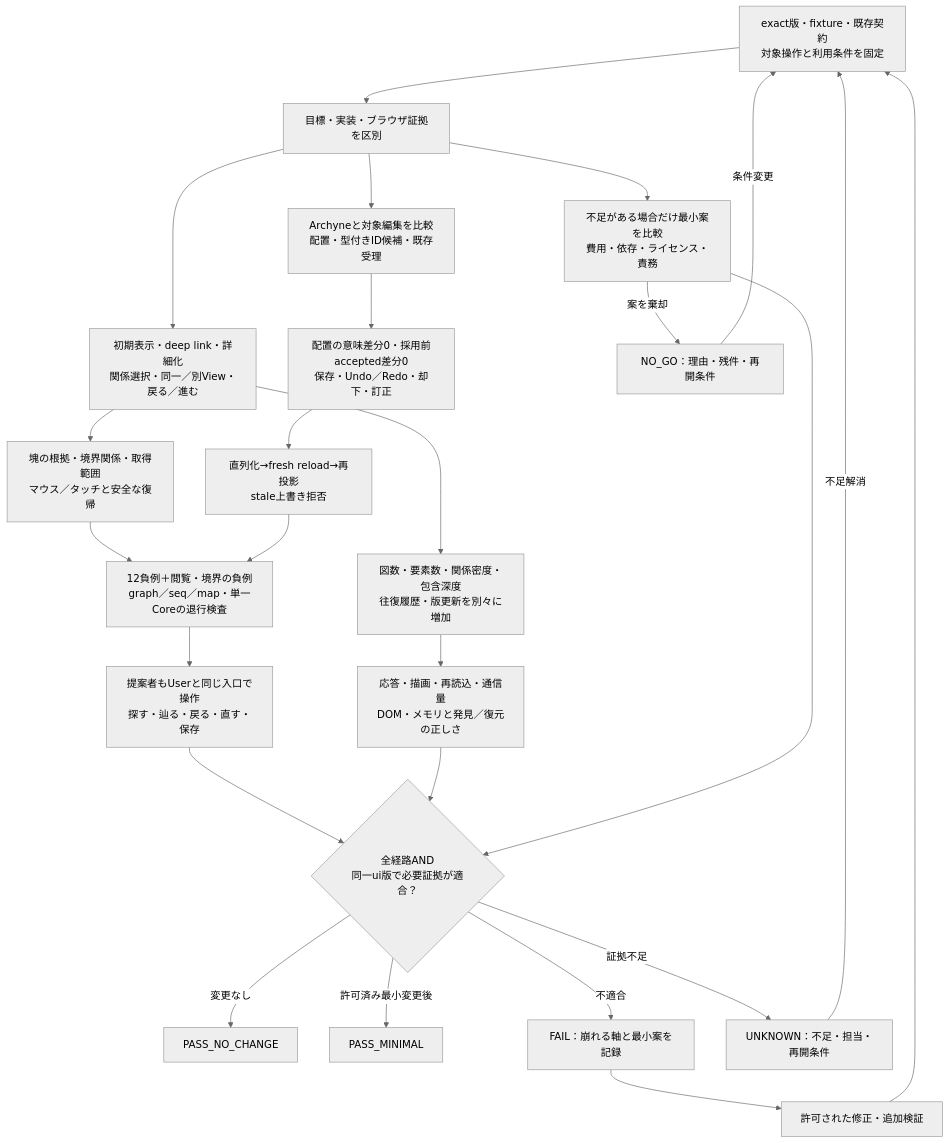
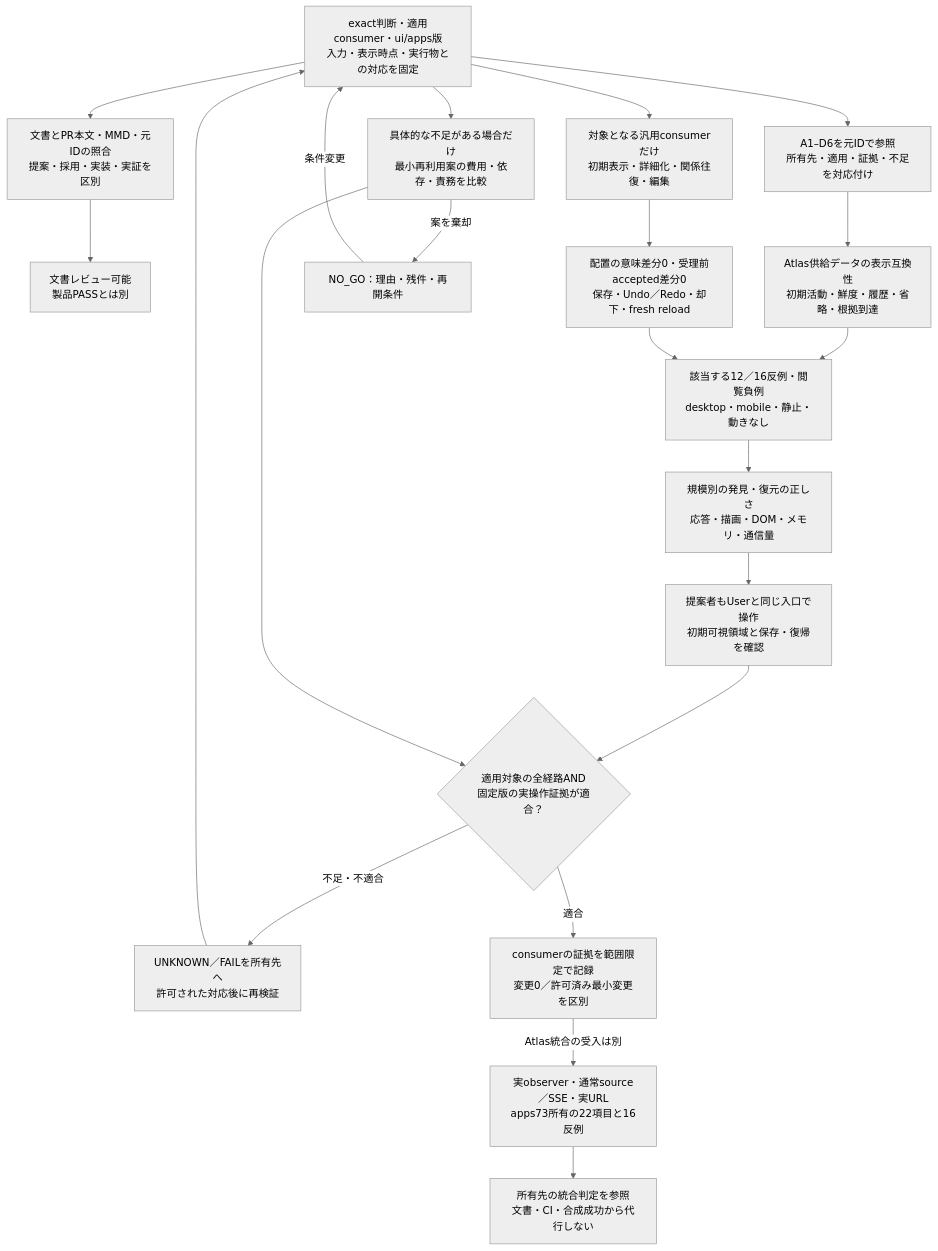
Before and after one commit to roccho-dev/ui: the second of 2 diagrams in docs/proposals/semantic-map-ux-verification-closure-345-397.md, drawn with Mermaid (neutral theme). The commit also changed other lines of this file, not shown here.

````diff
--- a/docs/proposals/semantic-map-ux-verification-closure-345-397.md
+++ b/docs/proposals/semantic-map-ux-verification-closure-345-397.md
@@ -114,27 +152,24 @@
 ```mermaid
 flowchart TD
-    A["exact版・fixture・既存契約<br/>対象操作と利用条件を固定"] --> B["目標・実装・ブラウザ証拠を区別"]
-    B --> N["初期表示・deep link・詳細化<br/>関係選択・同一／別View・戻る／進む"]
-    B --> E["Archyneと対象編集を比較<br/>配置・型付きID候補・既存受理"]
-    N --> V["塊の根拠・境界関係・取得範囲<br/>マウス／タッチと安全な復帰"]
-    E --> R["配置の意味差分0・採用前accepted差分0<br/>保存・Undo／Redo・却下・訂正"]
-    R --> F["直列化→fresh reload→再投影<br/>stale上書き拒否"]
-    V --> G["12負例＋閲覧・境界の負例<br/>graph／seq／map・単一Coreの退行検査"]
-    F --> G
-    N --> S["図数・要素数・関係密度・包含深度<br/>往復履歴・版更新を別々に増加"]
-    S --> M["応答・描画・再読込・通信量<br/>DOM・メモリと発見／復元の正しさ"]
-    B --> C["不足がある場合だけ最小案を比較<br/>費用・依存・ライセンス・責務"]
-    G --> I["提案者もUserと同じ入口で操作<br/>探す・辿る・戻る・直す・保存"]
-    I --> J{"全経路AND<br/>同一ui版で必要証拠が適合？"}
-    M --> J
-    C --> J
-    J -->|変更なし| P["PASS_NO_CHANGE"]
-    J -->|許可済み最小変更後| Q["PASS_MINIMAL"]
-    J -->|不適合| FAIL["FAIL：崩れる軸と最小案を記録"]
-    FAIL --> W["許可された修正・追加検証"]
-    W --> A
-    J -->|証拠不足| U["UNKNOWN：不足・担当・再開条件"]
-    U -->|不足解消| A
-    C -->|案を棄却| NO["NO_GO：理由・残件・再開条件"]
+    A["exact判断・適用consumer・ui/apps版<br/>入力・表示時点・実行物との対応を固定"]
+    A --> DOC["文書とPR本文・MMD・元IDの照合<br/>提案・採用・実装・実証を区別"]
+    DOC --> READY["文書レビュー可能<br/>製品PASSとは別"]
+    A --> MAP["A1–D6を元IDで参照<br/>所有先・適用・証拠・不足を対応付け"]
+    MAP --> UI["Atlas供給データの表示互換性<br/>初期活動・鮮度・履歴・省略・根拠到達"]
+    A --> GEN["対象となる汎用consumerだけ<br/>初期表示・詳細化・関係往復・編集"]
+    GEN --> SAVE["配置の意味差分0・受理前accepted差分0<br/>保存・Undo／Redo・却下・fresh reload"]
+    UI --> NEG["該当する12／16反例・閲覧負例<br/>desktop・mobile・静止・動きなし"]
+    SAVE --> NEG
+    NEG --> SCALE["規模別の発見・復元の正しさ<br/>応答・描画・DOM・メモリ・通信量"]
+    A --> COST["具体的な不足がある場合だけ<br/>最小再利用案の費用・依存・責務を比較"]
+    SCALE --> PARENT["提案者もUserと同じ入口で操作<br/>初期可視領域と保存・復帰を確認"]
+    PARENT --> GATE{"適用対象の全経路AND<br/>固定版の実操作証拠が適合？"}
+    COST --> GATE
+    GATE -->|不足・不適合| GAP["UNKNOWN／FAILを所有先へ<br/>許可された対応後に再検証"]
+    GAP --> A
+    COST -->|案を棄却| NO["NO_GO：理由・残件・再開条件"]
     NO -->|条件変更| A
+    GATE -->|適合| EVIDENCE["consumerの証拠を範囲限定で記録<br/>変更0／許可済み最小変更を区別"]
+    EVIDENCE -->|Atlas統合の受入は別| APP["実observer・通常source／SSE・実URL<br/>apps73所有の22項目と16反例"]
+    APP --> RESULT["所有先の統合判定を参照<br/>文書・CI・合成成功から代行しない"]
 ```
````
